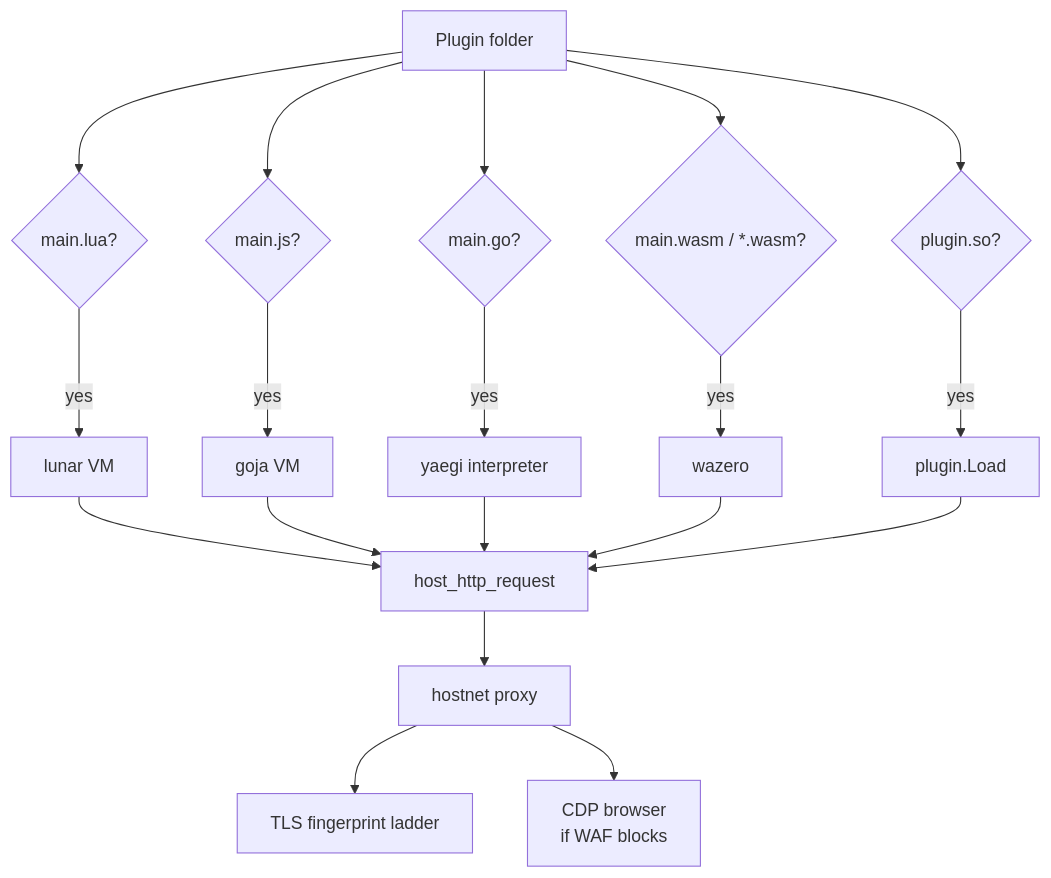
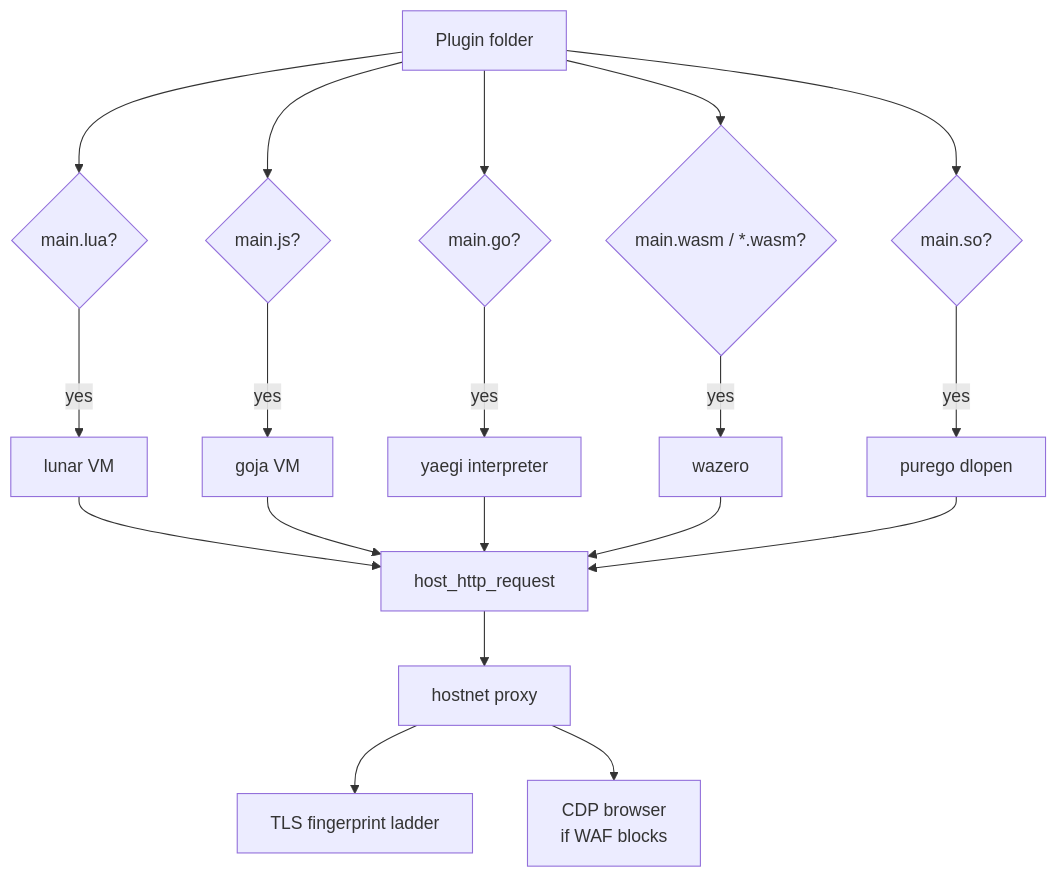
One commit to kenzanin/goIsekai changed the third of 4 diagrams in README.md. Above: the diagram before and after it, drawn with Mermaid. The commit also changed other lines of this file and 21 other files, not shown here.

````diff
--- a/README.md
+++ b/README.md
@@ -103,23 +103,23 @@
 ```mermaid
 graph TD
     A[Plugin folder] --> B{main.lua?}
     B -->|yes| C[lunar VM]
     A --> D{main.js?}
     D -->|yes| E[goja VM]
     A --> F{main.go?}
     F -->|yes| G[yaegi interpreter]
     A --> H{main.wasm / *.wasm?}
     H -->|yes| I[wazero]
-    A --> J{plugin.so?}
-    J -->|yes| K[plugin.Load]
+    A --> J{main.so?}
+    J -->|yes| K[purego dlopen]
 
     C --> L[host_http_request]
     E --> L
     G --> L
     I --> L
     K --> L
 
     L --> M[hostnet proxy]
     M --> N[TLS fingerprint ladder]
     M --> O[CDP browser<br/>if WAF blocks]
 ```
````
